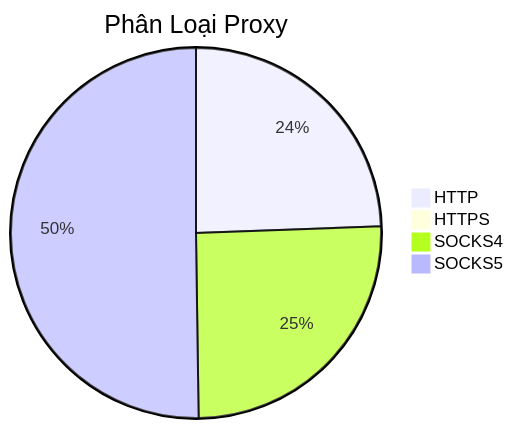
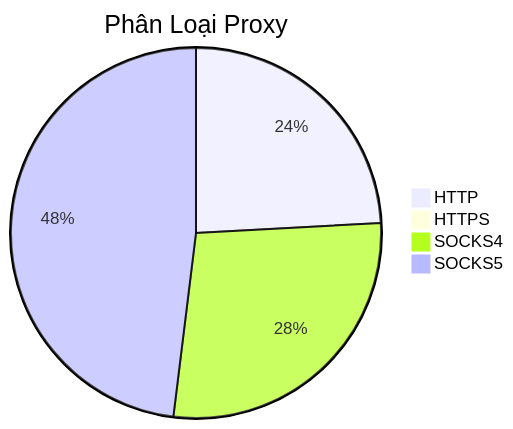
Before and after one commit to Ciara-Aa/PROXY-free: the diagram in README.md, drawn with Mermaid. The commit also changed other lines of this file and 4 other files, not shown here.

````diff
--- a/README.md
+++ b/README.md
@@ -26,7 +26,7 @@
 ```mermaid
 pie title Phân Loại Proxy
-    "HTTP" : 214
-    "HTTPS" : 0
-    "SOCKS4" : 222
-    "SOCKS5" : 440
+    "HTTP" : 204
+    "HTTPS" : 1
+    "SOCKS4" : 235
+    "SOCKS5" : 406
 ```
````
